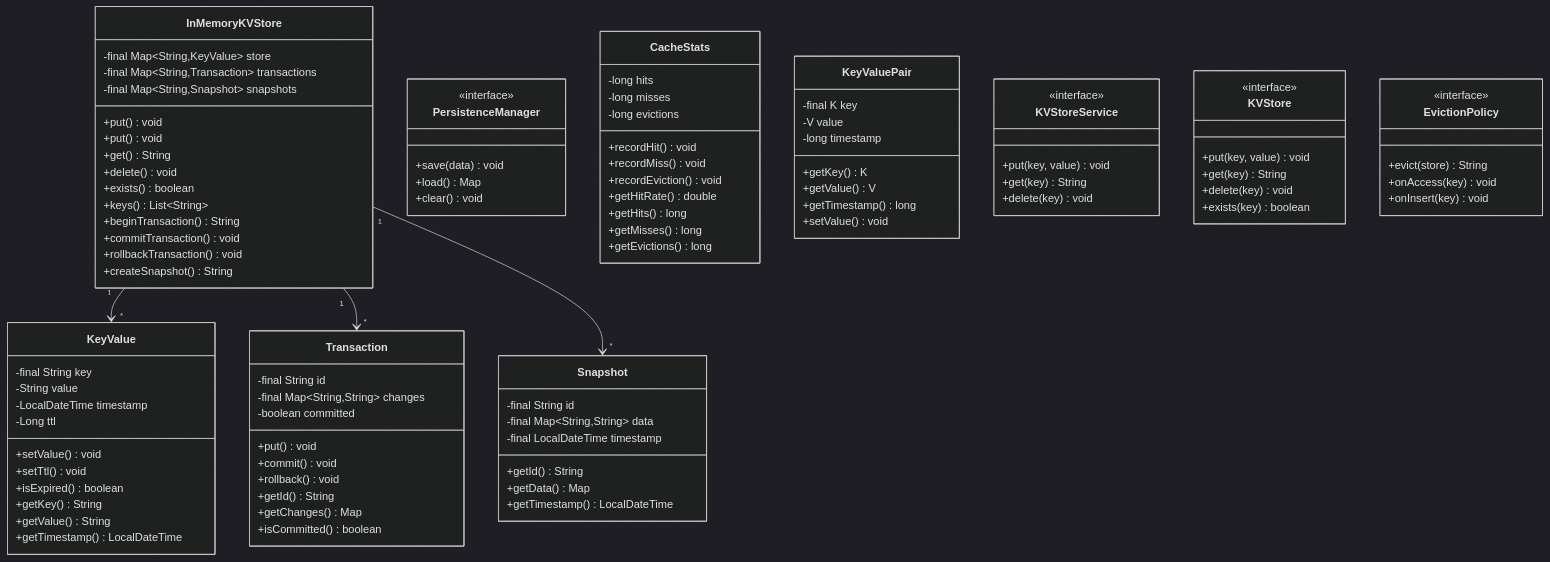
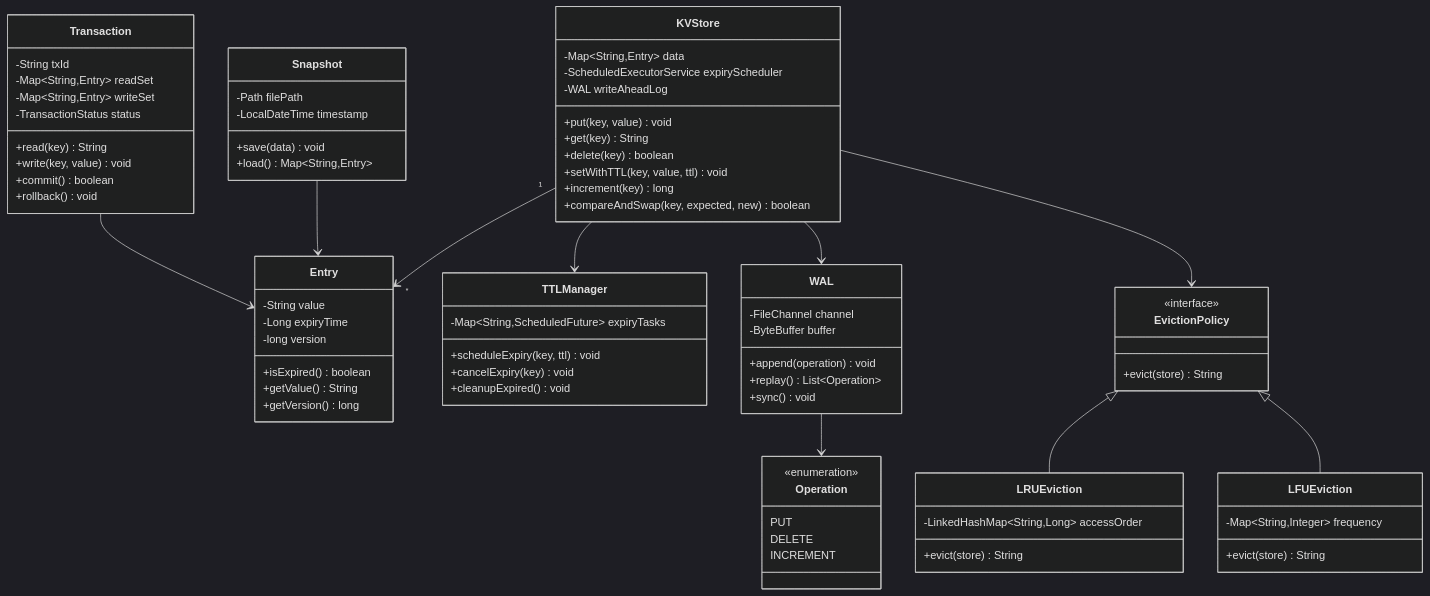
Before and after one commit to dlkr18/lld-playbook: the diagram in docs/problems/kvstore/README.md, drawn with Mermaid (dark theme). The commit also changed other lines of this file and 306 other files, not shown here.

First line of the commit message:
Sync docs/ from master: full site revamp + emoji cleanup

````diff
--- a/docs/problems/kvstore/README.md
+++ b/docs/problems/kvstore/README.md
@@ -83,109 +60,88 @@
 ```mermaid
 classDiagram
+    class KVStore {
+        -Map~String,Entry~ data
+        -ScheduledExecutorService expiryScheduler
+        -WAL writeAheadLog
+        +put(key, value) void
+        +get(key) String
+        +delete(key) boolean
+        +setWithTTL(key, value, ttl) void
+        +increment(key) long
+        +compareAndSwap(key, expected, new) boolean
+    }
 
-    class InMemoryKVStore {
-        -final Map~String,KeyValue~ store
-        -final Map~String,Transaction~ transactions
-        -final Map~String,Snapshot~ snapshots
-        +put() void
-        +put() void
-        +get() String
-        +delete() void
-        +exists() boolean
-        +keys() List~String~
-        +beginTransaction() String
-        +commitTransaction() void
-        +rollbackTransaction() void
-        +createSnapshot() String
+    class Entry {
+        -String value
+        -Long expiryTime
+        -long version
+        +isExpired() boolean
+        +getValue() String
+        +getVersion() long
+    }
+
+    class TTLManager {
+        -Map~String,ScheduledFuture~ expiryTasks
+        +scheduleExpiry(key, ttl) void
+        +cancelExpiry(key) void
+        +cleanupExpired() void
+    }
+
+    class Transaction {
+        -String txId
+        -Map~String,Entry~ readSet
+        -Map~String,Entry~ writeSet
+        -TransactionStatus status
+        +read(key) String
+        +write(key, value) void
+        +commit() boolean
+        +rollback() void
+    }
+
+    class WAL {
+        -FileChannel channel
+        -ByteBuffer buffer
+        +append(operation) void
+        +replay() List~Operation~
+        +sync() void
+    }
+
+    class Operation {
+        <<enumeration>>
+        PUT
+        DELETE
+        INCREMENT
     }
 
     class Snapshot {
-        -final String id
-        -final Map~String,String~ data
-        -final LocalDateTime timestamp
-        +getId() String
-        +getData() Map<String, String>
-        +getTimestamp() LocalDateTime
-    }
-
-    class PersistenceManager {
-        <<interface>>
+        -Path filePath
+        -LocalDateTime timestamp
         +save(data) void
-        +load() Map
-        +clear() void
-    }
-
-    class CacheStats {
-        -long hits
-        -long misses
-        -long evictions
-        +recordHit() void
-        +recordMiss() void
-        +recordEviction() void
-        +getHitRate() double
-        +getHits() long
-        +getMisses() long
-        +getEvictions() long
-    }
-
-    class KeyValuePair {
-        -final K key
-        -V value
-        -long timestamp
-        +getKey() K
-        +getValue() V
-        +getTimestamp() long
-        +setValue() void
-    }
-
-    class KeyValue {
-        -final String key
-        -String value
-        -LocalDateTime timestamp
-        -Long ttl
-        +setValue() void
-        +setTtl() void
-        +isExpired() boolean
-        +getKey() String
-        +getValue() String
-        +getTimestamp() LocalDateTime
-    }
-
-    class Transaction {
-        -final String id
-        -final Map~String,String~ changes
-        -boolean committed
-        +put() void
-        +commit() void
-        +rollback() void
-        +getId() String
-        +getChanges() Map<String, String>
-        +isCommitted() boolean
-    }
-
-    class KVStoreService {
-        <<interface>>
-        +put(key, value) void
-        +get(key) String
-        +delete(key) void
-    }
-
-    class KVStore {
-        <<interface>>
-        +put(key, value) void
-        +get(key) String
-        +delete(key) void
-        +exists(key) boolean
+        +load() Map~String,Entry~
     }
 
     class EvictionPolicy {
         <<interface>>
         +evict(store) String
-        +onAccess(key) void
-        +onInsert(key) void
     }
 
-    InMemoryKVStore "1" --> "*" KeyValue
-    InMemoryKVStore "1" --> "*" Transaction
-    InMemoryKVStore "1" --> "*" Snapshot
+    class LRUEviction {
+        -LinkedHashMap~String,Long~ accessOrder
+        +evict(store) String
+    }
+
+    class LFUEviction {
+        -Map~String,Integer~ frequency
+        +evict(store) String
+    }
+
+    KVStore "1" --> "*" Entry
+    KVStore --> TTLManager
+    KVStore --> WAL
+    KVStore --> EvictionPolicy
+    Transaction --> Entry
+    EvictionPolicy <|-- LRUEviction
+    EvictionPolicy <|-- LFUEviction
+    WAL --> Operation
+    Snapshot --> Entry
 ```
````
